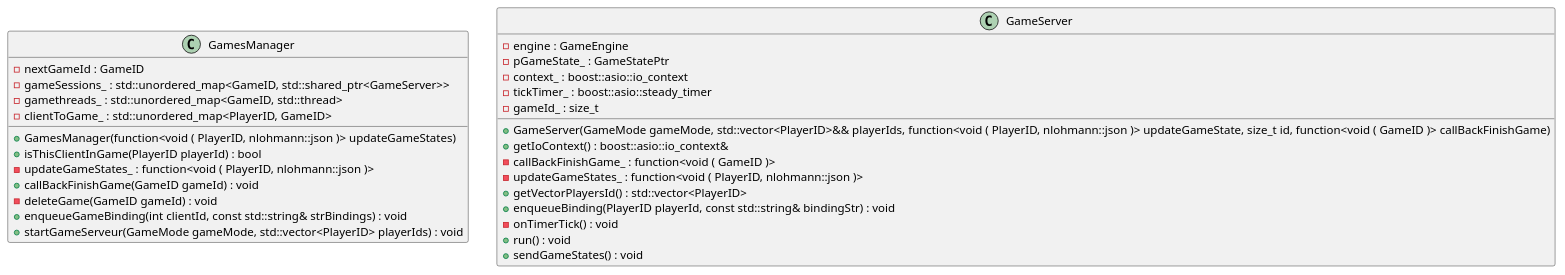
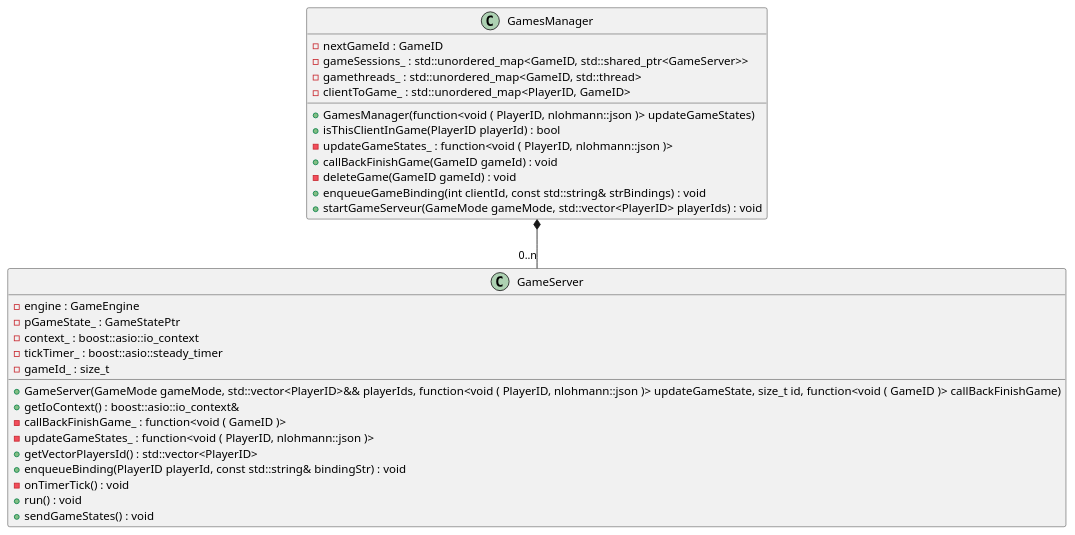
The diagram in doc/uml/class/server/GameServerClass.plantuml (ulb-info2-group5/Royal-Blocks), drawn with PlantUML before and after one commit. The commit also changed 4 other files, not shown here.

```diff
--- a/doc/uml/class/server/GameServerClass.plantuml
+++ b/doc/uml/class/server/GameServerClass.plantuml
@@ -1,54 +1,54 @@
 @startuml GameServerClass
 
 
 
 
 
 /' Objects '/
 class GamesManager {
 	+GamesManager(function<void ( PlayerID, nlohmann::json )> updateGameStates)
 	-nextGameId : GameID
 	+isThisClientInGame(PlayerID playerId) : bool
 	-updateGameStates_ : function<void ( PlayerID, nlohmann::json )>
 	-gameSessions_ : std::unordered_map<GameID, std::shared_ptr<GameServer>>
 	-gamethreads_ : std::unordered_map<GameID, std::thread>
 	-clientToGame_ : std::unordered_map<PlayerID, GameID>
 	+callBackFinishGame(GameID gameId) : void
 	-deleteGame(GameID gameId) : void
 	+enqueueGameBinding(int clientId, const std::string& strBindings) : void
 	+startGameServeur(GameMode gameMode, std::vector<PlayerID> playerIds) : void
 }
 
 class GameServer {
 	+GameServer(GameMode gameMode, std::vector<PlayerID>&& playerIds, function<void ( PlayerID, nlohmann::json )> updateGameState, size_t id, function<void ( GameID )> callBackFinishGame)
 	-engine : GameEngine
 	-pGameState_ : GameStatePtr
 	-context_ : boost::asio::io_context
 	+getIoContext() : boost::asio::io_context&
 	-tickTimer_ : boost::asio::steady_timer
 	-callBackFinishGame_ : function<void ( GameID )>
 	-updateGameStates_ : function<void ( PlayerID, nlohmann::json )>
 	-gameId_ : size_t
 	+getVectorPlayersId() : std::vector<PlayerID>
 	+enqueueBinding(PlayerID playerId, const std::string& bindingStr) : void
 	-onTimerTick() : void
 	+run() : void
 	+sendGameStates() : void
 }
 
 /' Inheritance relationships '/
 
 
 
 
 /' Aggregation relationships '/
 
-
+GamesManager *-- "0..n" GameServer
 
 
 
 /' Nested objects '/
 
 
 
 @enduml
```
